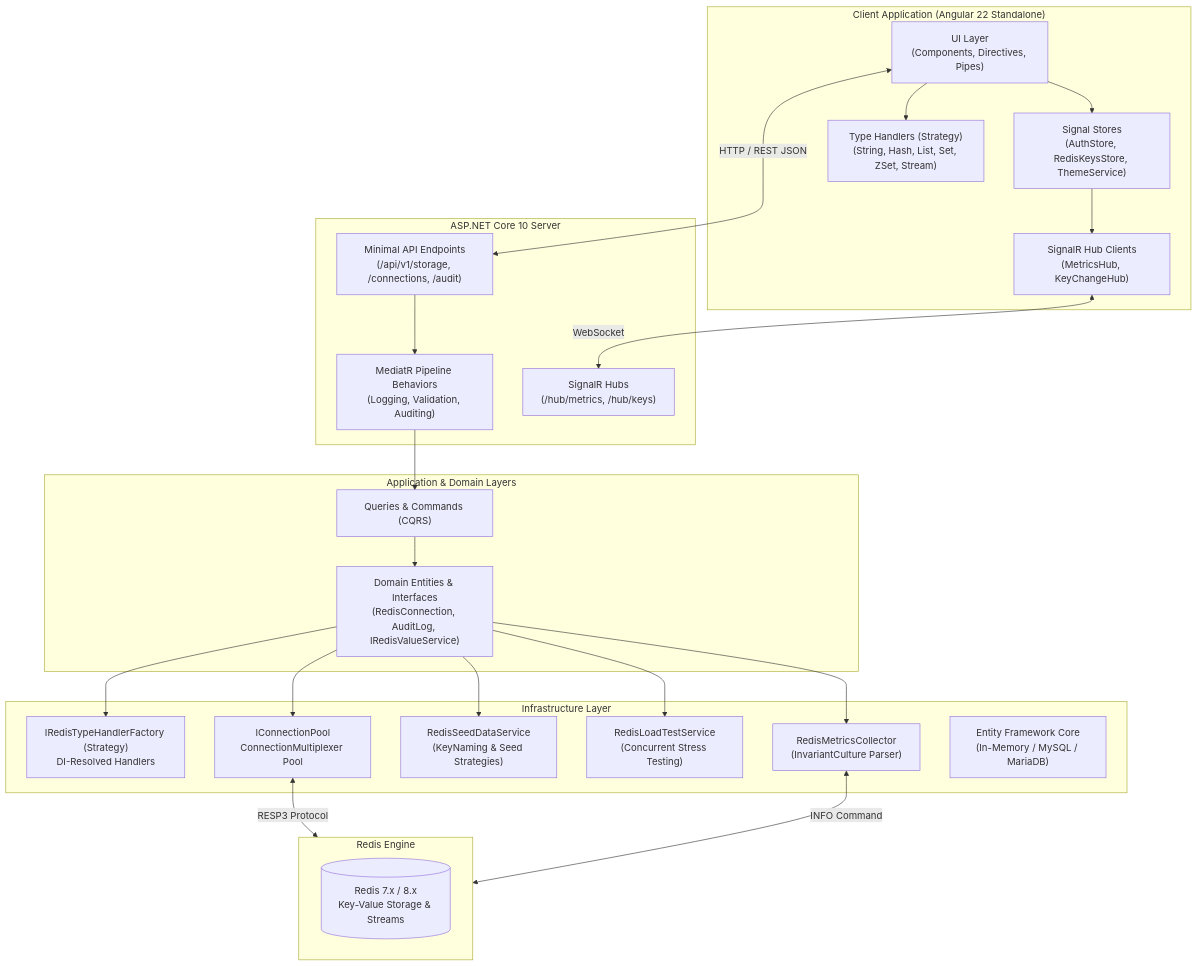
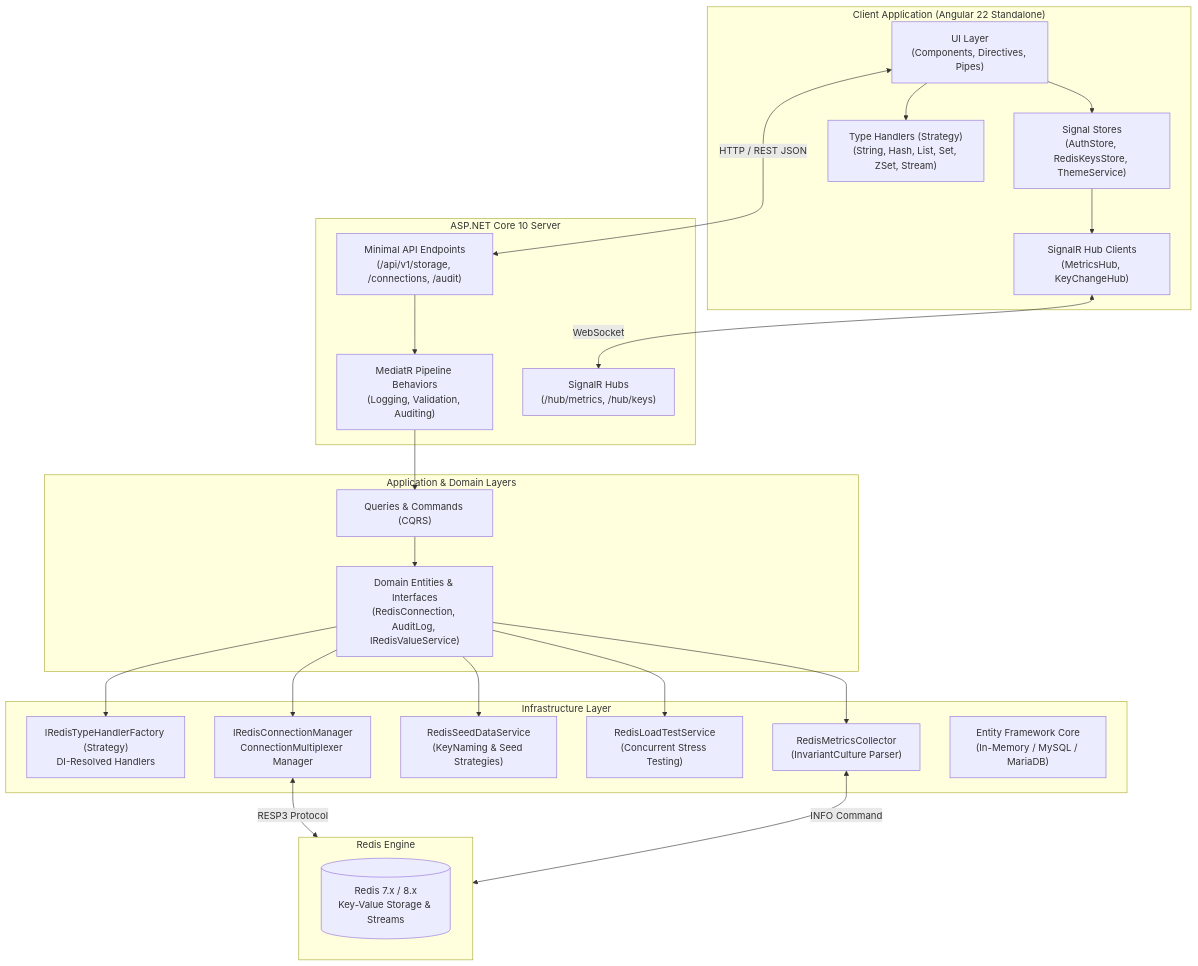
Before and after one commit to dellik95/redis-gui: the first of 3 diagrams in docs/architecture.md, drawn with Mermaid. The commit also changed other lines of this file and 32 other files, not shown here.

First line of the commit message:
refactor: replace ConnectionPool with robust RedisConnectionManager

````diff
--- a/docs/architecture.md
+++ b/docs/architecture.md
@@ -18,50 +18,50 @@
 ```mermaid
 flowchart TD
     subgraph Browser ["Client Application (Angular 22 Standalone)"]
         UI["UI Layer\n(Components, Directives, Pipes)"]
         SignalStore["Signal Stores\n(AuthStore, RedisKeysStore, ThemeService)"]
         Handlers["Type Handlers (Strategy)\n(String, Hash, List, Set, ZSet, Stream)"]
         SignalRClient["SignalR Hub Clients\n(MetricsHub, KeyChangeHub)"]
         UI --> SignalStore
         UI --> Handlers
         SignalStore --> SignalRClient
     end
 
     subgraph API ["ASP.NET Core 10 Server"]
         Endpoints["Minimal API Endpoints\n(/api/v1/storage, /connections, /audit)"]
         Pipeline["MediatR Pipeline Behaviors\n(Logging, Validation, Auditing)"]
         Hubs["SignalR Hubs\n(/hub/metrics, /hub/keys)"]
         Endpoints --> Pipeline
     end
 
     subgraph AppCore ["Application & Domain Layers"]
         Queries["Queries & Commands (CQRS)"]
         Domain["Domain Entities & Interfaces\n(RedisConnection, AuditLog, IRedisValueService)"]
         Pipeline --> Queries
         Queries --> Domain
     end
 
     subgraph Infra ["Infrastructure Layer"]
         TypeFactory["IRedisTypeHandlerFactory (Strategy)\nDI-Resolved Handlers"]
-        ConnPool["IConnectionPool\nConnectionMultiplexer Pool"]
+        ConnPool["IRedisConnectionManager\nConnectionMultiplexer Manager"]
         Seeder["RedisSeedDataService\n(KeyNaming & Seed Strategies)"]
         LoadTester["RedisLoadTestService\n(Concurrent Stress Testing)"]
         MetricsCollector["RedisMetricsCollector\n(InvariantCulture Parser)"]
         EF["Entity Framework Core\n(In-Memory / MySQL / MariaDB)"]
         
         Domain --> TypeFactory
         Domain --> ConnPool
         Domain --> Seeder
         Domain --> LoadTester
         Domain --> MetricsCollector
     end
 
     subgraph RedisServer ["Redis Engine"]
         RedisDB[("Redis 7.x / 8.x\nKey-Value Storage & Streams")]
     end
 
     SignalRClient <-->|WebSocket| Hubs
     UI <-->|HTTP / REST JSON| Endpoints
     ConnPool <-->|RESP3 Protocol| RedisServer
     MetricsCollector <-->|INFO Command| RedisServer
 ```
````
